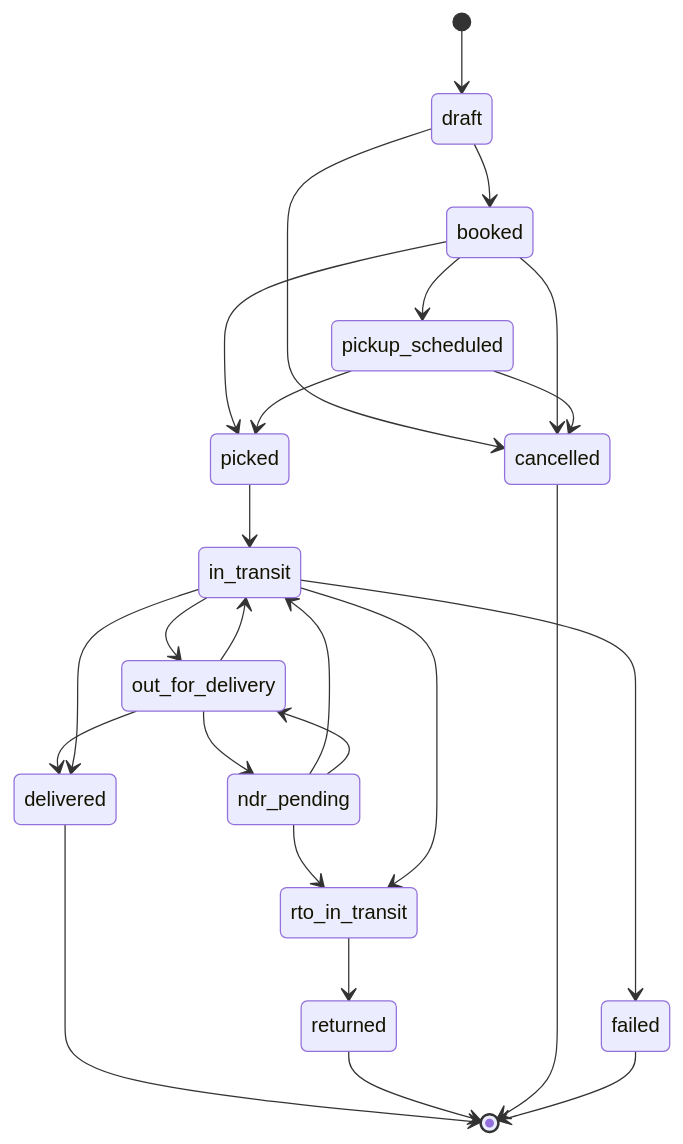
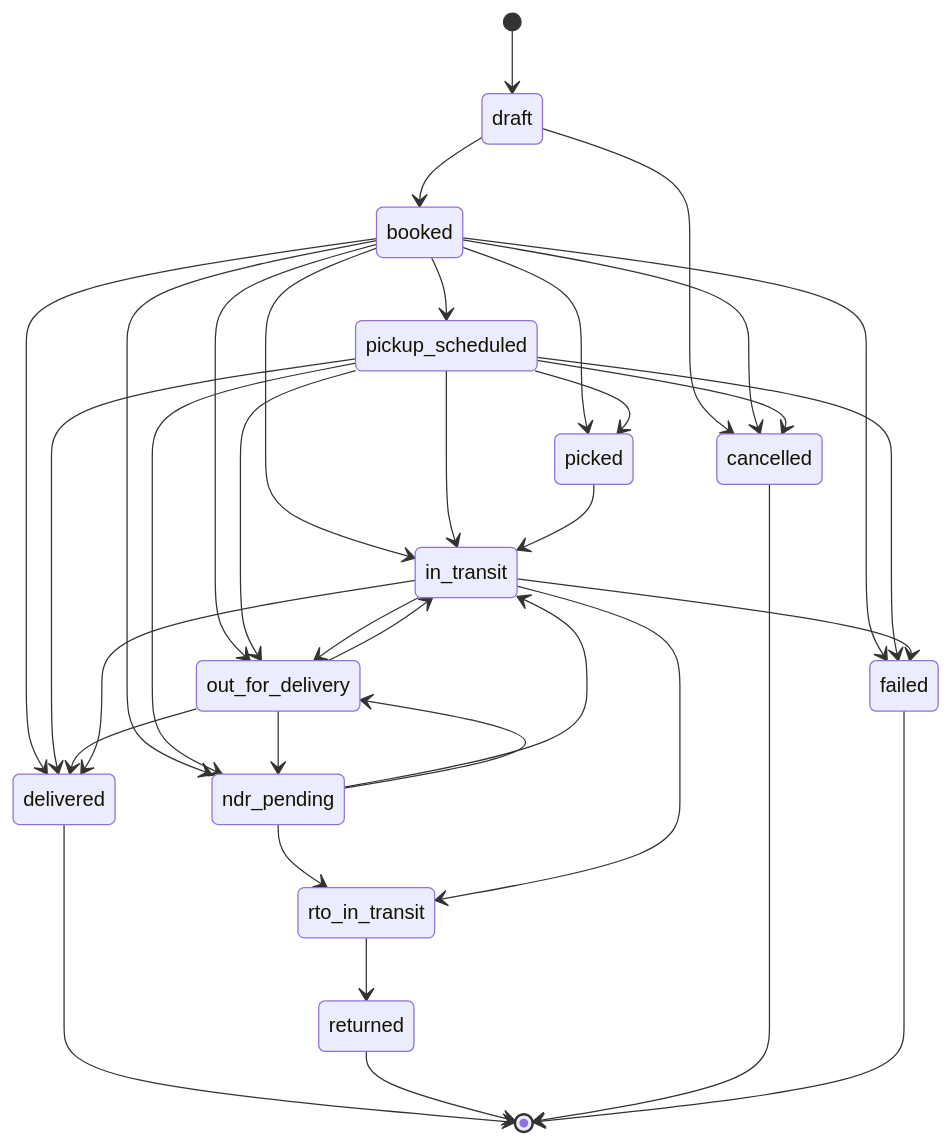
The second of 6 diagrams in specs/013-courier-fulfillment-platform/data-model.md (Zatu-ecom/ecommerce-be), drawn with Mermaid before and after one commit. The commit also changed 119 other files, not shown here.

````diff
--- a/specs/013-courier-fulfillment-platform/data-model.md
+++ b/specs/013-courier-fulfillment-platform/data-model.md
@@ -74,27 +74,37 @@
 ```mermaid
 stateDiagram-v2
     [*] --> draft
     draft --> booked
     draft --> cancelled
     booked --> pickup_scheduled
     booked --> picked
+    booked --> in_transit
+    booked --> out_for_delivery
+    booked --> ndr_pending
+    booked --> delivered
+    booked --> failed
     booked --> cancelled
     pickup_scheduled --> picked
+    pickup_scheduled --> in_transit
+    pickup_scheduled --> out_for_delivery
+    pickup_scheduled --> ndr_pending
+    pickup_scheduled --> delivered
+    pickup_scheduled --> failed
     pickup_scheduled --> cancelled
     picked --> in_transit
     in_transit --> out_for_delivery
     out_for_delivery --> in_transit
     out_for_delivery --> ndr_pending
     ndr_pending --> in_transit
     ndr_pending --> out_for_delivery
     ndr_pending --> rto_in_transit
     in_transit --> rto_in_transit
     out_for_delivery --> delivered
     in_transit --> delivered
     rto_in_transit --> returned
     in_transit --> failed
     delivered --> [*]
     returned --> [*]
     cancelled --> [*]
     failed --> [*]
 ```
````
